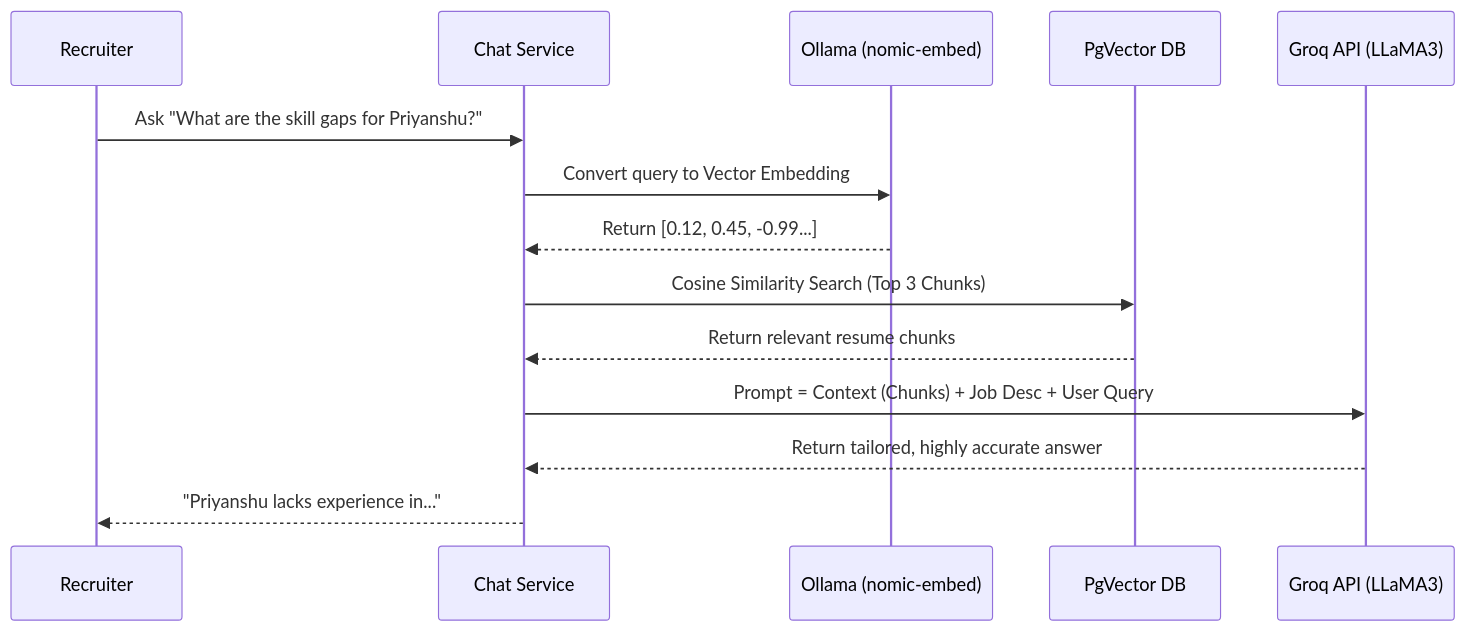
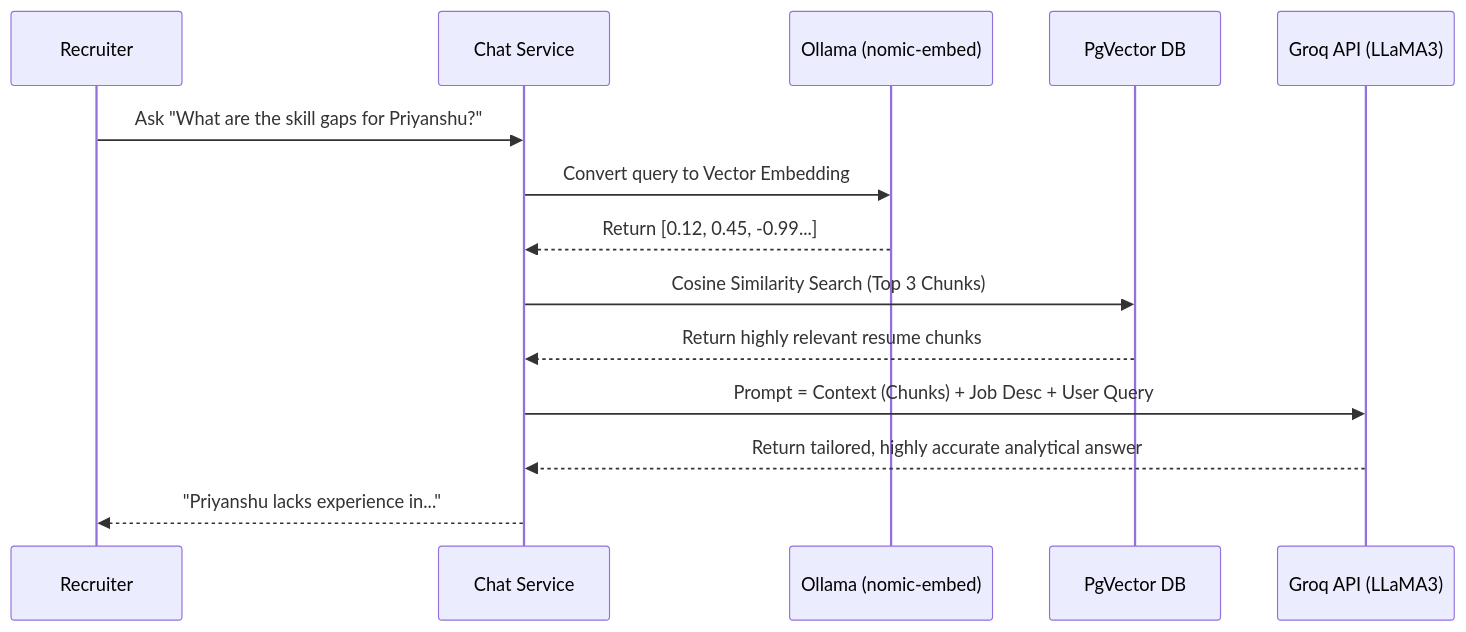
Before and after one commit to Priyanshujaiswal1024/AI-Screening-Distributed-System: the second of 2 diagrams in README.md, drawn with Mermaid. The commit also changed other lines of this file, not shown here.

````diff
--- a/README.md
+++ b/README.md
@@ -76,17 +86,17 @@
 ```mermaid
 sequenceDiagram
     participant R as Recruiter
     participant Chat as Chat Service
     participant Embed as Ollama (nomic-embed)
     participant Vector as PgVector DB
     participant LLM as Groq API (LLaMA3)
     
     R->>Chat: Ask "What are the skill gaps for Priyanshu?"
     Chat->>Embed: Convert query to Vector Embedding
     Embed-->>Chat: Return [0.12, 0.45, -0.99...]
     Chat->>Vector: Cosine Similarity Search (Top 3 Chunks)
-    Vector-->>Chat: Return relevant resume chunks
+    Vector-->>Chat: Return highly relevant resume chunks
     Chat->>LLM: Prompt = Context (Chunks) + Job Desc + User Query
-    LLM-->>Chat: Return tailored, highly accurate answer
+    LLM-->>Chat: Return tailored, highly accurate analytical answer
     Chat-->>R: "Priyanshu lacks experience in..."
 ```
````
